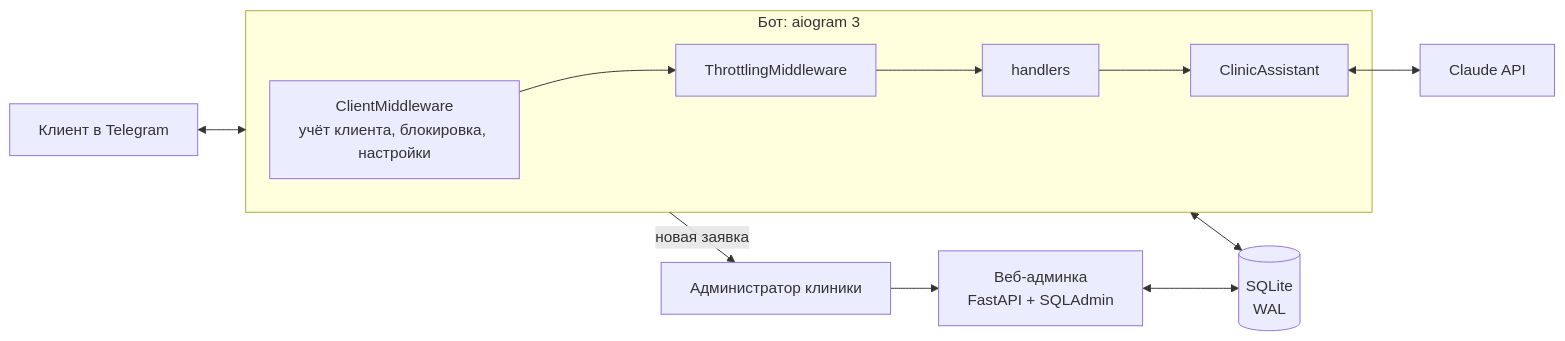
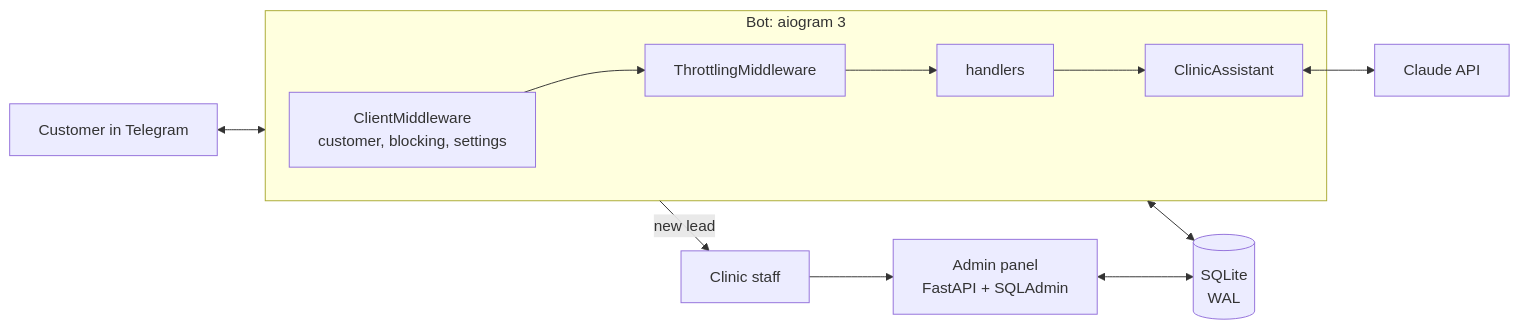
Before and after one commit to epythonic/MedLLMBot: the diagram in README.md, drawn with Mermaid. The commit also changed other lines of this file and 2 other files, not shown here.

````diff
--- a/README.md
+++ b/README.md
@@ -52,13 +56,13 @@
 ```mermaid
 flowchart LR
-    TG[Клиент в Telegram] <--> Bot
-    subgraph Bot [Бот: aiogram 3]
-        CM[ClientMiddleware<br/>учёт клиента, блокировка, настройки] --> TM[ThrottlingMiddleware]
+    TG[Customer in Telegram] <--> Bot
+    subgraph Bot [Bot: aiogram 3]
+        CM[ClientMiddleware<br/>customer, blocking, settings] --> TM[ThrottlingMiddleware]
         TM --> H[handlers] --> A[ClinicAssistant]
     end
     A <--> Claude[Claude API]
     Bot <--> DB[(SQLite<br/>WAL)]
-    Admin[Веб-админка<br/>FastAPI + SQLAdmin] <--> DB
-    Staff[Администратор клиники] --> Admin
-    Bot -- новая заявка --> Staff
+    Admin[Admin panel<br/>FastAPI + SQLAdmin] <--> DB
+    Staff[Clinic staff] --> Admin
+    Bot -- new lead --> Staff
 ```
````
